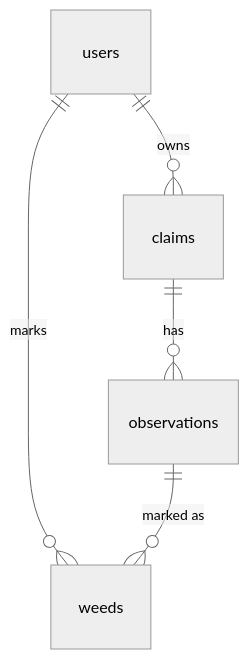
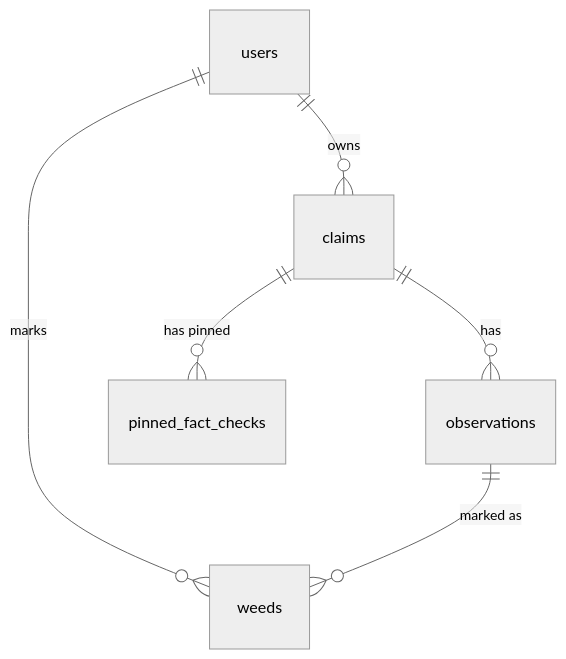
Before and after one commit to smith2415/InfoTracer: the diagram in schema.md, drawn with Mermaid (neutral theme). The commit also changed other lines of this file and 8 other files, not shown here.

````diff
--- a/schema.md
+++ b/schema.md
@@ -80,7 +103,8 @@
 ```mermaid
 erDiagram
     users ||--o{ claims : owns
     claims ||--o{ observations : has
     users ||--o{ weeds : marks
     observations ||--o{ weeds : "marked as"
+    claims ||--o{ pinned_fact_checks : "has pinned"
 ```
````
